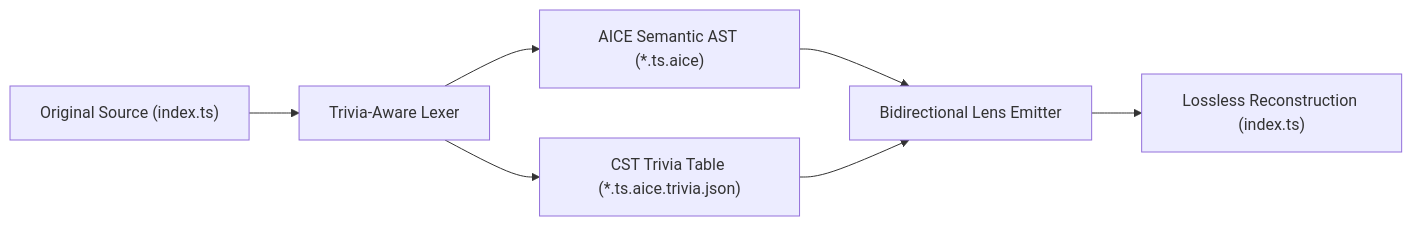
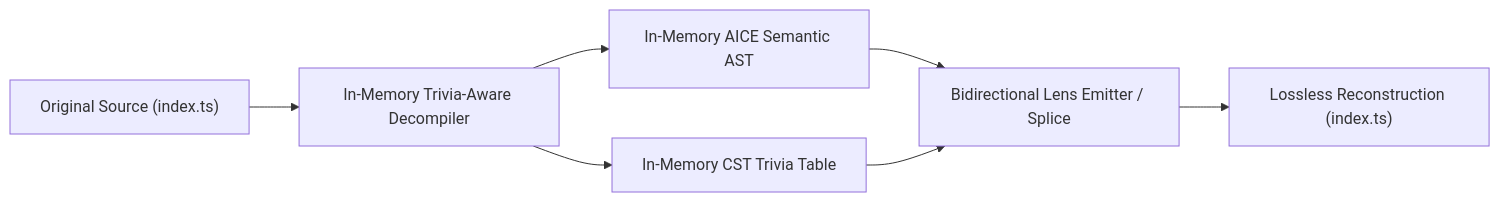
One commit to forart82/aice changed the diagram in docs/CST_TRIVIA_SPEC.md. Above: the diagram before and after it, drawn with Mermaid. The commit also changed other lines of this file and 1627 other files, not shown here.

Commit message:
feat(aice): pure on-the-fly AST + idioms engine, C++20 workflow & banner assets, codebase cleanup, and benchmark verification

````diff
--- a/docs/CST_TRIVIA_SPEC.md
+++ b/docs/CST_TRIVIA_SPEC.md
@@ -25,10 +25,10 @@
 ```mermaid
 flowchart LR
-    Source["Original Source (index.ts)"] --> Lexer["Trivia-Aware Lexer"]
-    Lexer --> AST["AICE Semantic AST (*.ts.aice)"]
-    Lexer --> TriviaTable["CST Trivia Table (*.ts.aice.trivia.json)"]
+    Source["Original Source (index.ts)"] --> Lexer["In-Memory Trivia-Aware Decompiler"]
+    Lexer --> AST["In-Memory AICE Semantic AST"]
+    Lexer --> TriviaTable["In-Memory CST Trivia Table"]
     
-    AST --> Emitter["Bidirectional Lens Emitter"]
+    AST --> Emitter["Bidirectional Lens Emitter / Splice"]
     TriviaTable --> Emitter
     Emitter --> Reconstructed["Lossless Reconstruction (index.ts)"]
 ```
````
